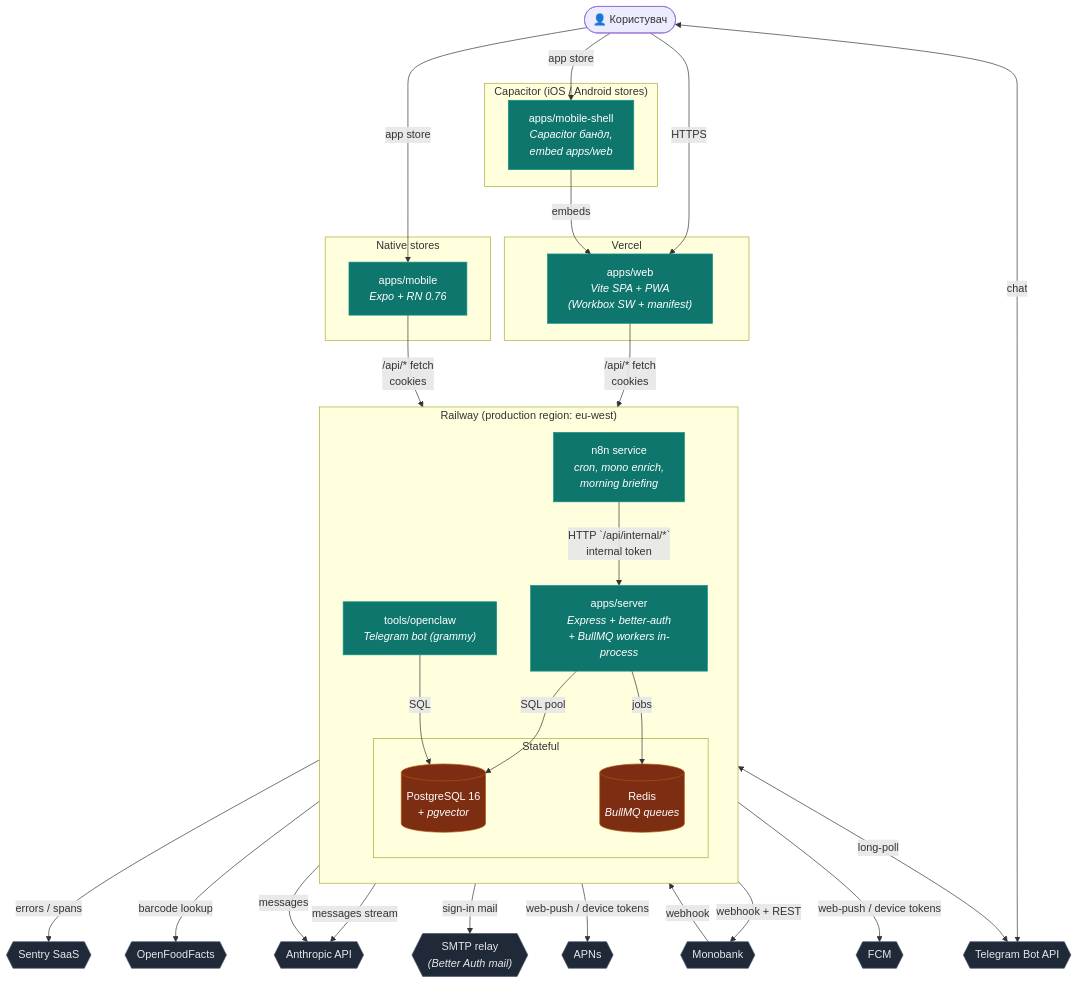
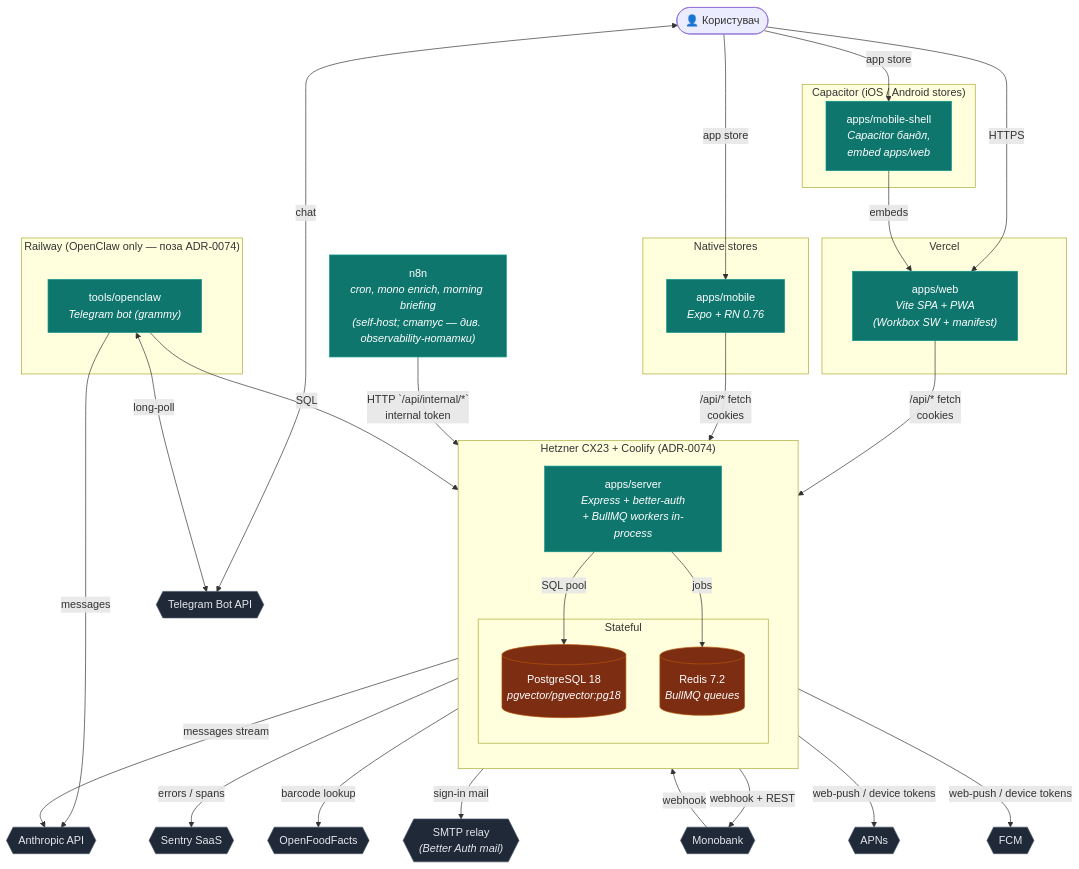
The diagram in docs/02-engineering/architecture/diagrams/c2-containers.md (SkOrDs-02/sergeant), drawn with Mermaid before and after one commit. The commit also changed other lines of this file and 14 other files, not shown here.

First line of the commit message:
@ docs(root): extend Hetzner/Coolify reconciliation — C4 diagrams + pointer refs

````diff
--- a/docs/02-engineering/architecture/diagrams/c2-containers.md
+++ b/docs/02-engineering/architecture/diagrams/c2-containers.md
@@ -8,70 +8,74 @@
 ```mermaid
 flowchart TB
     User(["👤 Користувач"])
 
     subgraph Vercel["Vercel"]
         Web["apps/web<br/><i>Vite SPA + PWA<br/>(Workbox SW + manifest)</i>"]
     end
 
     subgraph Capacitor["Capacitor (iOS / Android stores)"]
         Shell["apps/mobile-shell<br/><i>Capacitor бандл,<br/>embed apps/web</i>"]
     end
 
     subgraph Native["Native stores"]
         Mobile["apps/mobile<br/><i>Expo + RN 0.76</i>"]
     end
 
-    subgraph Railway["Railway (production region: eu-west)"]
+    subgraph Hetzner["Hetzner CX23 + Coolify (ADR-0074)"]
         direction TB
         Server["apps/server<br/><i>Express + better-auth<br/>+ BullMQ workers in-process</i>"]
-        N8N["n8n service<br/><i>cron, mono enrich,<br/>morning briefing</i>"]
-        Console["tools/openclaw<br/><i>Telegram bot (grammy)</i>"]
 
         subgraph DB["Stateful"]
-            PG[("PostgreSQL 16<br/><i>+ pgvector</i>")]
-            R[("Redis<br/><i>BullMQ queues</i>")]
+            PG[("PostgreSQL 18<br/><i>pgvector/pgvector:pg18</i>")]
+            R[("Redis 7.2<br/><i>BullMQ queues</i>")]
         end
     end
+
+    subgraph Railway["Railway (OpenClaw only — поза ADR-0074)"]
+        Console["tools/openclaw<br/><i>Telegram bot (grammy)</i>"]
+    end
+
+    N8N["n8n<br/><i>cron, mono enrich, morning briefing<br/>(self-host; статус — див. observability-нотатки)</i>"]
 
     Anthropic{{"Anthropic API"}}
     Sentry{{"Sentry SaaS"}}
     Mono{{"Monobank"}}
     OFF{{"OpenFoodFacts"}}
     SMTP{{"SMTP relay<br/><i>(Better Auth mail)</i>"}}
     APNs{{"APNs"}}
     FCM{{"FCM"}}
     Telegram{{"Telegram Bot API"}}
 
     User -->|HTTPS| Web
     User -->|app store| Shell
     User -->|app store| Mobile
     User <-->|chat| Telegram
 
     Web -->|/api/* fetch<br/>cookies| Server
     Mobile -->|/api/* fetch<br/>cookies| Server
     Shell -->|embeds| Web
 
     Server -->|SQL pool| PG
     Server -->|jobs| R
     Server -->|messages stream| Anthropic
     Server -->|errors / spans| Sentry
     Server -->|webhook + REST| Mono
     Server -->|barcode lookup| OFF
     Server -->|sign-in mail| SMTP
     Server -->|web-push / device tokens| APNs
     Server -->|web-push / device tokens| FCM
 
     N8N -->|HTTP `/api/internal/*`<br/>internal token| Server
     Mono -->|webhook| Server
 
     Console <-->|long-poll| Telegram
     Console -->|SQL| PG
     Console -->|messages| Anthropic
 
     classDef cont fill:#0f766e,stroke:#0d9488,color:#fff
     classDef store fill:#7c2d12,stroke:#b45309,color:#fff
     classDef ext fill:#1f2937,stroke:#475569,color:#e5e7eb
     class Web,Shell,Mobile,Server,N8N,Console cont
     class PG,R store
     class Anthropic,Sentry,Mono,OFF,SMTP,APNs,FCM,Telegram ext
 ```
````
